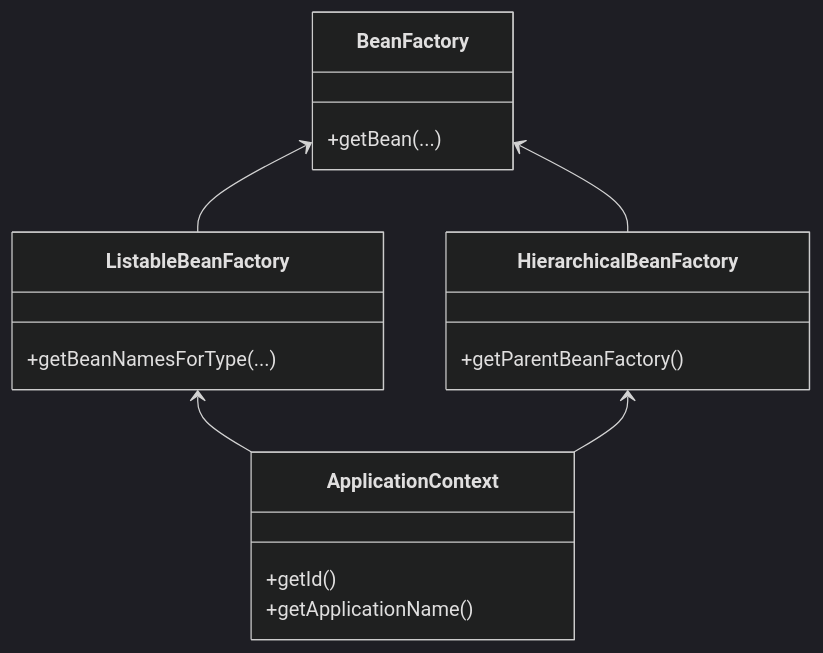
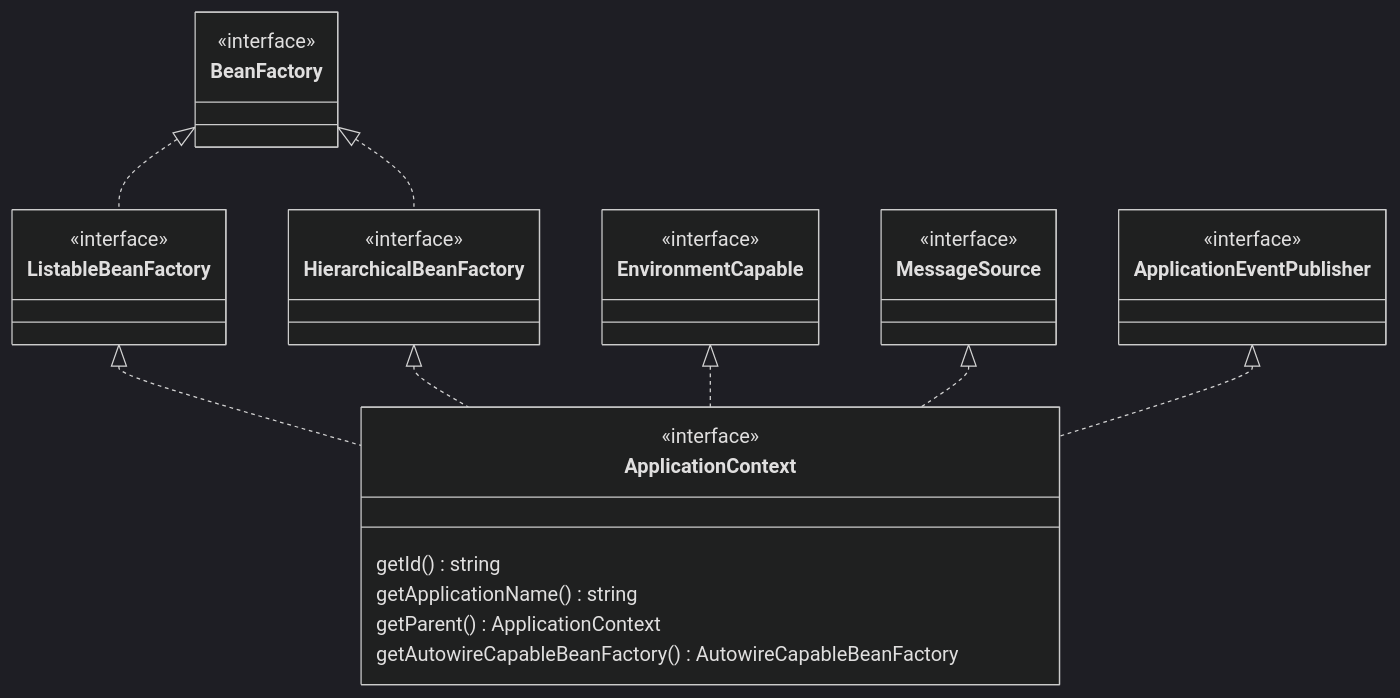
Before and after one commit to songchengen/study-notes: the second of 2 diagrams in articles/spring/Spring IoC.md, drawn with Mermaid (dark theme). The commit also changed other lines of this file, not shown here.

````diff
--- a/articles/spring/Spring IoC.md
+++ b/articles/spring/Spring IoC.md
@@ -94,14 +116,39 @@
 ```mermaid
 classDiagram
-    ListableBeanFactory <-- ApplicationContext
-    HierarchicalBeanFactory <-- ApplicationContext
-    BeanFactory <-- ListableBeanFactory
-    BeanFactory <-- HierarchicalBeanFactory
-    ApplicationContext: +getId()
-    ApplicationContext: +getApplicationName()
+  class BeanFactory {
+    <<interface>>
+  }
+  class ListableBeanFactory{
+    <<interface>> 
+  }
+  
+  class HierarchicalBeanFactory {
+    <<interface>>
+  }
+  class EnvironmentCapable {
+    <<interface>>
+  }
+  class MessageSource {
+    <<interface>>
+  }
 
-    BeanFactory: +getBean(...)
-    ListableBeanFactory: +getBeanNamesForType(...)
-    HierarchicalBeanFactory: +getParentBeanFactory()
+  class ApplicationEventPublisher {
+    <<interface>>
+  }
+  class ApplicationContext {
+    <<interface>>
+    getId() string
+    getApplicationName() string
+    getParent() ApplicationContext
+    getAutowireCapableBeanFactory() AutowireCapableBeanFactory
+  }
+
+  ListableBeanFactory <|.. ApplicationContext
+  HierarchicalBeanFactory <|.. ApplicationContext
+  EnvironmentCapable <|.. ApplicationContext
+  MessageSource <|.. ApplicationContext
+  ApplicationEventPublisher <|.. ApplicationContext
+  BeanFactory <|.. ListableBeanFactory
+  BeanFactory <|.. HierarchicalBeanFactory 
 
 ```
````
